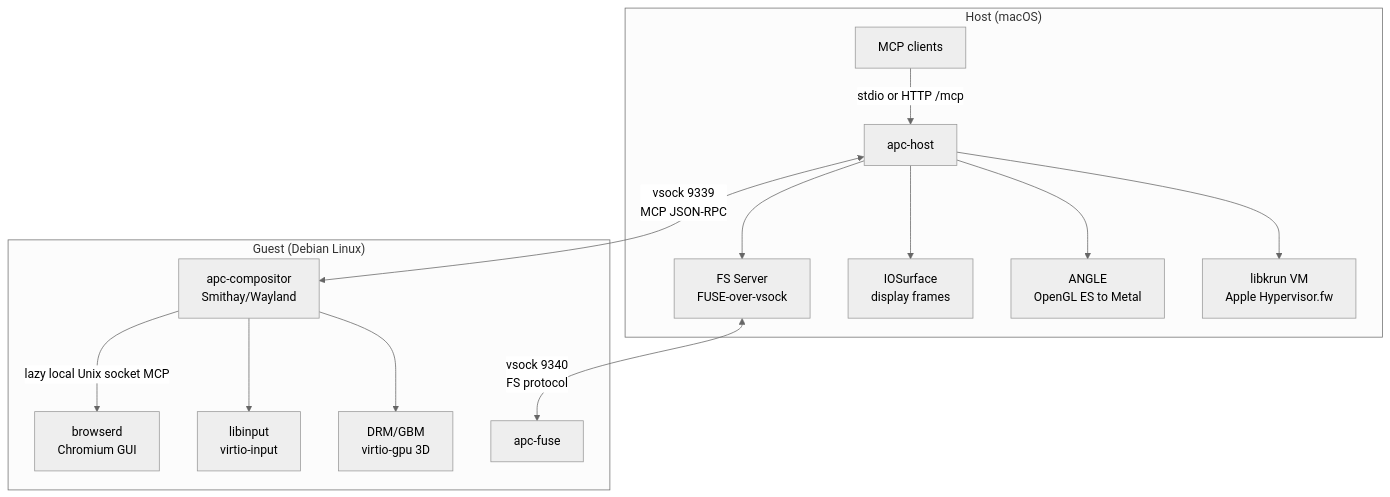
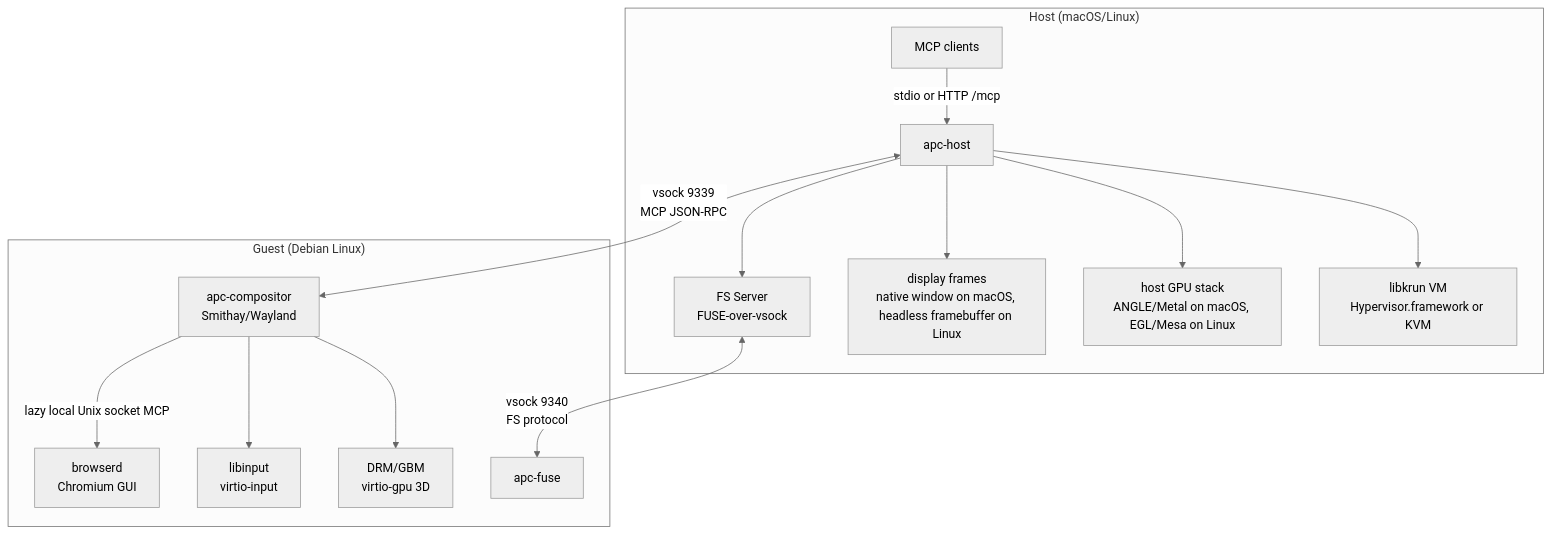
Before and after one commit to samuelngs/apc: the diagram in README.md, drawn with Mermaid (neutral theme). The commit also changed other lines of this file and 12 other files, not shown here.

First line of the commit message:
feat: add linux host support

````diff
--- a/README.md
+++ b/README.md
@@ -9,22 +9,22 @@
 ```mermaid
 graph TB
-  subgraph Host["Host (macOS)"]
+  subgraph Host["Host (macOS/Linux)"]
     AH[apc-host]
-    AH --> KV[libkrun VM<br/>Apple Hypervisor.fw]
-    AH --> AN[ANGLE<br/>OpenGL ES to Metal]
-    AH --> IO[IOSurface<br/>display frames]
+    AH --> KV[libkrun VM<br/>Hypervisor.framework or KVM]
+    AH --> GPU[host GPU stack<br/>ANGLE/Metal on macOS, EGL/Mesa on Linux]
+    AH --> FB[display frames<br/>native window on macOS, headless framebuffer on Linux]
     AH --> FS[FS Server<br/>FUSE-over-vsock]
     HC[MCP clients]
     HC -->|stdio or HTTP /mcp| AH
   end
   subgraph Guest["Guest (Debian Linux)"]
     AC[apc-compositor<br/>Smithay/Wayland]
     AC --> DRM[DRM/GBM<br/>virtio-gpu 3D]
     AC --> LI[libinput<br/>virtio-input]
     AF[apc-fuse]
     BD[browserd<br/>Chromium GUI]
     AC -->|lazy local Unix socket MCP| BD
   end
   AH <-->|vsock 9339<br/>MCP JSON-RPC| AC
   FS <-->|vsock 9340<br/>FS protocol| AF
 ```
````
